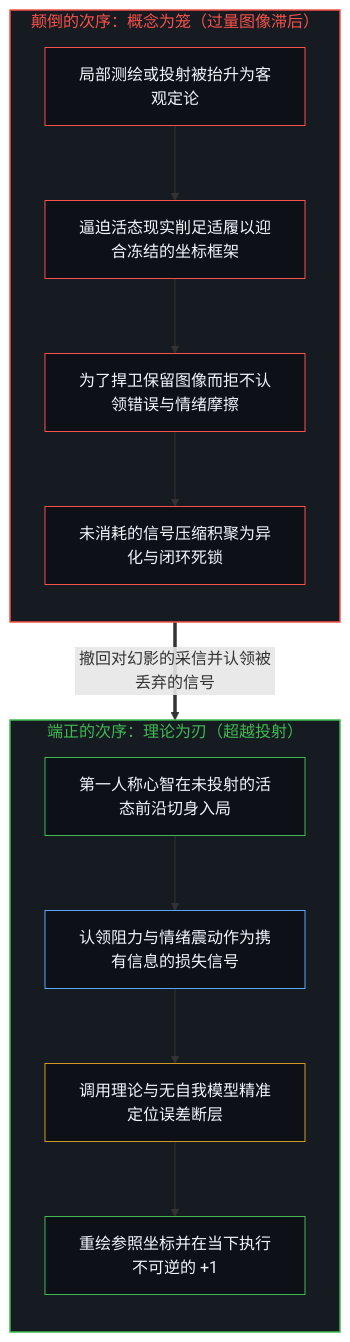
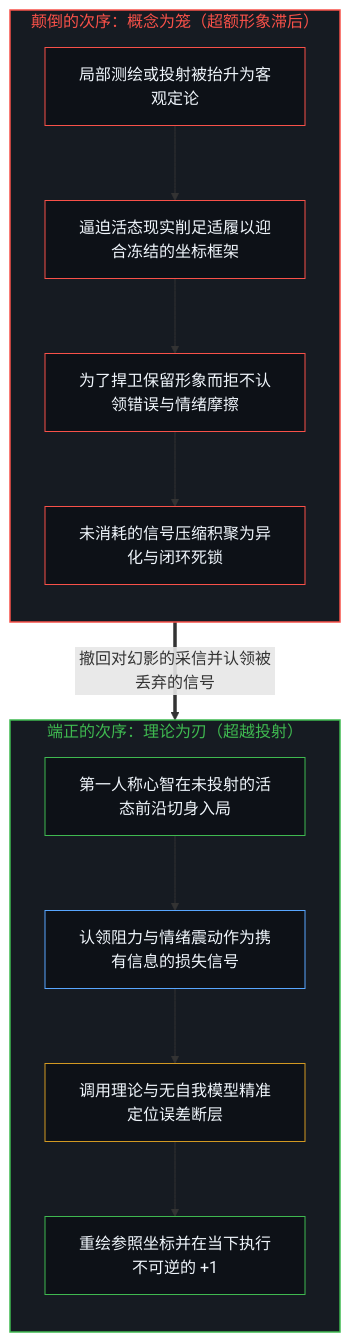
The first of 2 diagrams in content/posts/po-chu-gai-nian-de-jian-yue.md (powerpig99/not-a-toe), drawn with Mermaid before and after one commit. The commit also changed other lines of this file and 2 other files, not shown here.

````diff
--- a/content/posts/po-chu-gai-nian-de-jian-yue.md
+++ b/content/posts/po-chu-gai-nian-de-jian-yue.md
@@ -77,30 +77,30 @@
 ```mermaid
 flowchart TD
-    subgraph S_Rev["颠倒的次序：概念为笼（过量图像滞后）"]
+    subgraph S_Rev["颠倒的次序：概念为笼（超额形象滞后）"]
         direction TB
         R1["局部测绘或投射被抬升为客观定论"]
         R2["逼迫活态现实削足适履以迎合冻结的坐标框架"]
-        R3["为了捍卫保留图像而拒不认领错误与情绪摩擦"]
+        R3["为了捍卫保留形象而拒不认领错误与情绪摩擦"]
         R4["未消耗的信号压缩积聚为异化与闭环死锁"]
     end
     subgraph S_Right["端正的次序：理论为刃（超越投射）"]
         direction TB
         G1["第一人称心智在未投射的活态前沿切身入局"]
         G2["认领阻力与情绪震动作为携有信息的损失信号"]
         G3["调用理论与无自我模型精准定位误差断层"]
         G4["重绘参照坐标并在当下执行不可逆的 +1"]
     end
     R1 --> R2 --> R3 --> R4
     G1 --> G2 --> G3 --> G4
     R4 ==>|"撤回对幻影的采信并认领被丢弃的信号"| G1
     style S_Rev fill:#161b22,stroke:#f85149,stroke-width:1.5px,color:#f85149
     style S_Right fill:#161b22,stroke:#3fb950,stroke-width:1.5px,color:#3fb950
     style R1 fill:#0d1117,stroke:#f85149,stroke-width:1px,color:#f0f6fc
     style R2 fill:#0d1117,stroke:#f85149,stroke-width:1px,color:#f0f6fc
     style R3 fill:#0d1117,stroke:#f85149,stroke-width:1px,color:#f0f6fc
     style R4 fill:#0d1117,stroke:#f85149,stroke-width:1px,color:#f0f6fc
     style G1 fill:#0d1117,stroke:#3fb950,stroke-width:1px,color:#f0f6fc
     style G2 fill:#0d1117,stroke:#58a6ff,stroke-width:1px,color:#f0f6fc
     style G3 fill:#0d1117,stroke:#d29922,stroke-width:1px,color:#f0f6fc
     style G4 fill:#0d1117,stroke:#3fb950,stroke-width:1px,color:#f0f6fc
 ```
````
